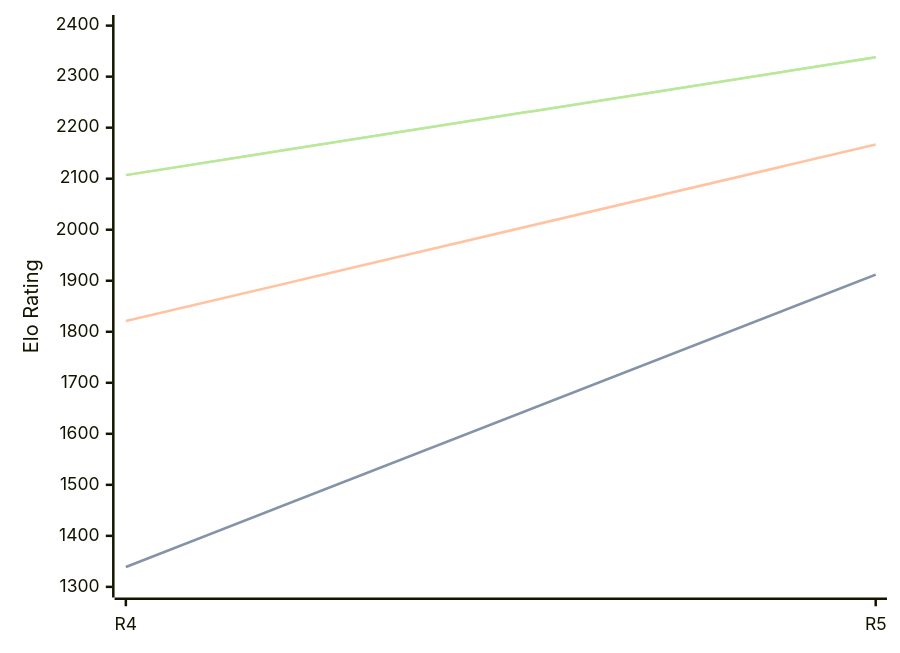
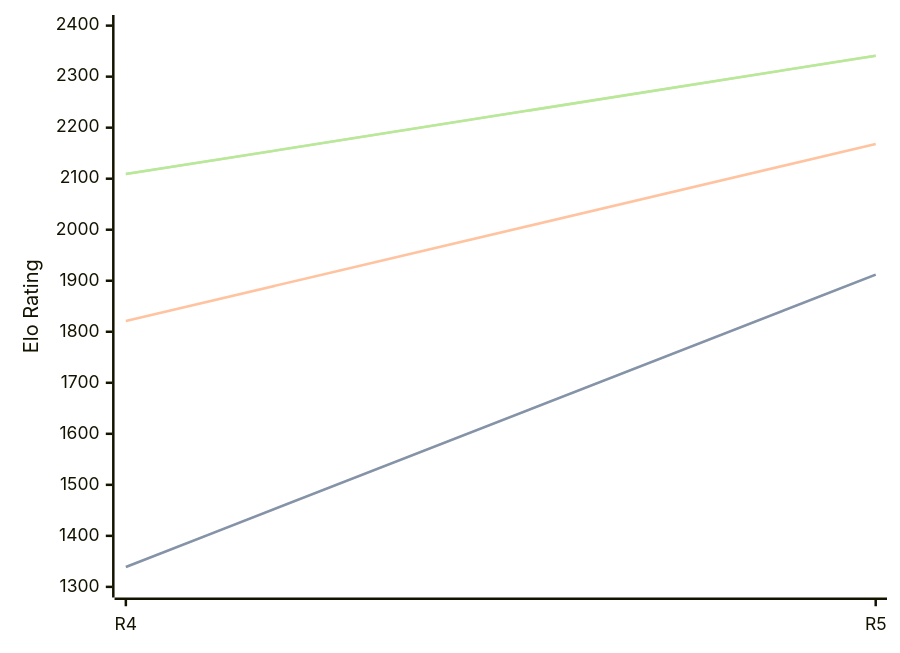
The diagram in engines/Viking.md (computer-chess-index/cci), drawn with Mermaid before and after one commit. The commit also changed other lines of this file, not shown here.

Commit message:
Update CCI Ratings (ELO VLTC) - 2026-07-28

````diff
--- a/engines/Viking.md
+++ b/engines/Viking.md
@@ -35,11 +35,11 @@
 ```mermaid
 %%{init: {"theme":"base","themeVariables":{"seriesColors:['#a3a3a3','#222221','#faa371']}}}%%
 xychart-beta
   x-axis ["R4", "R5"]
   y-axis "Elo Rating" 1300 --> 2400
   line "STC (8.0+0.08s)" [1339, 1912]
   line "STC (8.0+0.08s)" [1339, 1912]
-  line "LTC (60.0+0.60s)" [1821, 2167]
-  line "VLTC (2m24s+1.12s)" [2107, 2338]
-  line "VLTC (2m24s+1.12s)" [2107, 2338]
+  line "LTC (60.0+0.60s)" [1821, 2168]
+  line "VLTC (2m24s+1.12s)" [2109, 2341]
+  line "VLTC (2m24s+1.12s)" [2109, 2341]
 ```
````
